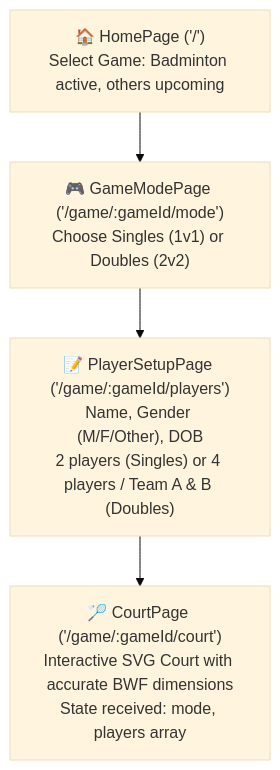
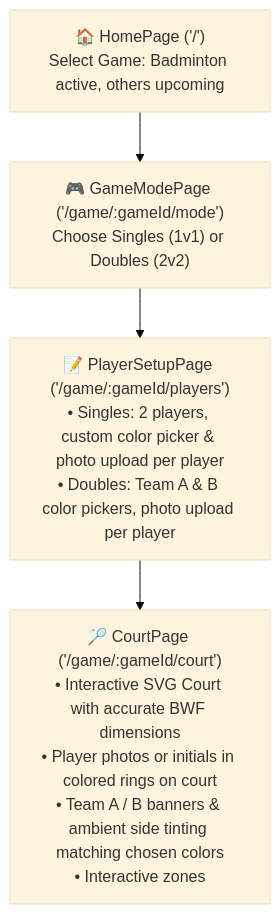
Before and after one commit to Pradeep-elangovan/Shuttle-score: the diagram in PROJECT_STATUS.md, drawn with Mermaid (base theme). The commit also changed other lines of this file and 6 other files, not shown here.

Commit message:
Add color pickers, player photo upload, and court player/team placement

````diff
--- a/PROJECT_STATUS.md
+++ b/PROJECT_STATUS.md
@@ -29,6 +30,6 @@
 ```mermaid
 flowchart TD
     A["🏠 HomePage ('/')\nSelect Game: Badminton active, others upcoming"] --> B["🎮 GameModePage ('/game/:gameId/mode')\nChoose Singles (1v1) or Doubles (2v2)"]
-    B --> C["📝 PlayerSetupPage ('/game/:gameId/players')\nName, Gender (M/F/Other), DOB\n2 players (Singles) or 4 players / Team A & B (Doubles)"]
-    C --> D["🏸 CourtPage ('/game/:gameId/court')\nInteractive SVG Court with accurate BWF dimensions\nState received: mode, players array"]
+    B --> C["📝 PlayerSetupPage ('/game/:gameId/players')\n• Singles: 2 players, custom color picker & photo upload per player\n• Doubles: Team A & B color pickers, photo upload per player"]
+    C --> D["🏸 CourtPage ('/game/:gameId/court')\n• Interactive SVG Court with accurate BWF dimensions\n• Player photos or initials in colored rings on court\n• Team A / B banners & ambient side tinting matching chosen colors\n• Interactive zones"]
 ```
````
